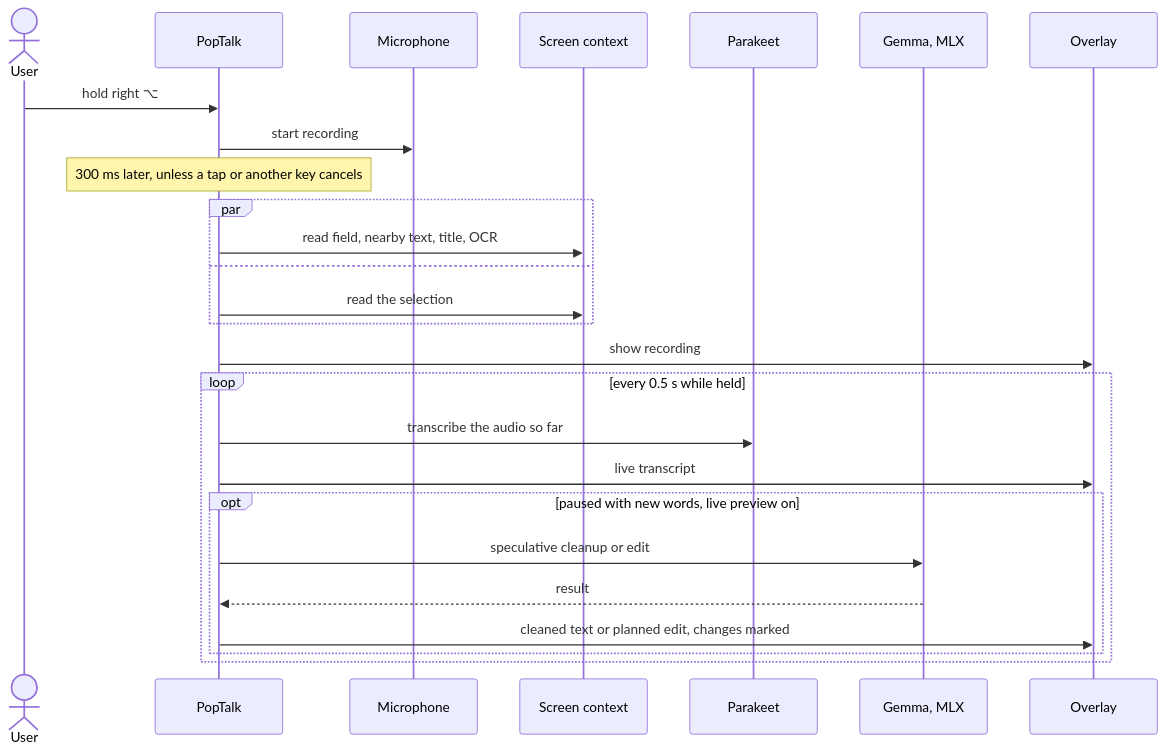
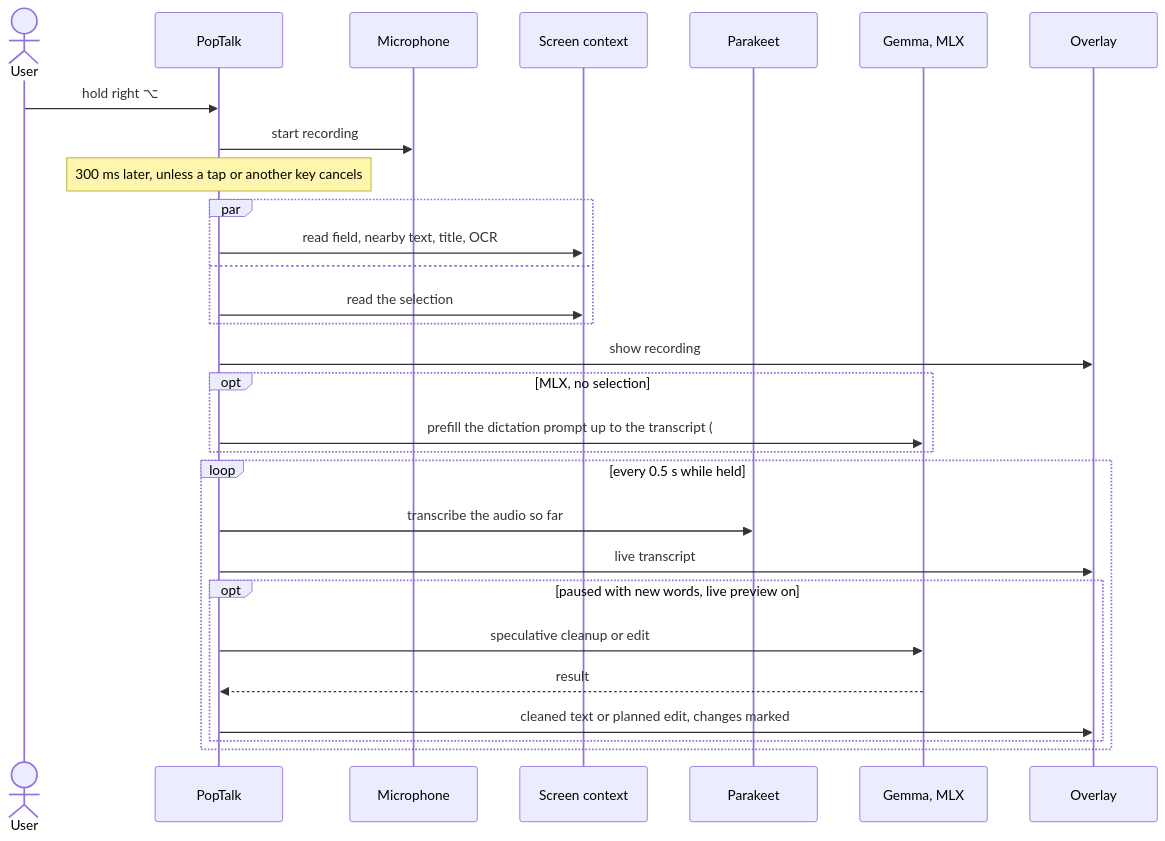
Before and after one commit to thirteen37/PopTalk: the third of 4 diagrams in docs/how-it-works.md, drawn with Mermaid. The commit also changed other lines of this file and 6 other files, not shown here.

First line of the commit message:
perf(mlx): Prefill the dictation prompt up to the transcript during the hold (#139)

````diff
--- a/docs/how-it-works.md
+++ b/docs/how-it-works.md
@@ -107,29 +107,32 @@
 ```mermaid
 sequenceDiagram
     actor User
     participant App as PopTalk
     participant Mic as Microphone
     participant Screen as Screen context
     participant ASR as Parakeet
     participant LLM as Gemma, MLX
     participant Overlay
 
     User->>App: hold right ⌥
     App->>Mic: start recording
     Note over App: 300 ms later, unless a tap or another key cancels
     par
         App->>Screen: read field, nearby text, title, OCR
     and
         App->>Screen: read the selection
     end
     App->>Overlay: show recording
+    opt MLX, no selection
+        App->>LLM: prefill the dictation prompt up to the transcript (#139)
+    end
     loop every 0.5 s while held
         App->>ASR: transcribe the audio so far
         App->>Overlay: live transcript
         opt paused with new words, live preview on
             App->>LLM: speculative cleanup or edit
             LLM-->>App: result
             App->>Overlay: cleaned text or planned edit, changes marked
         end
     end
 ```
````
